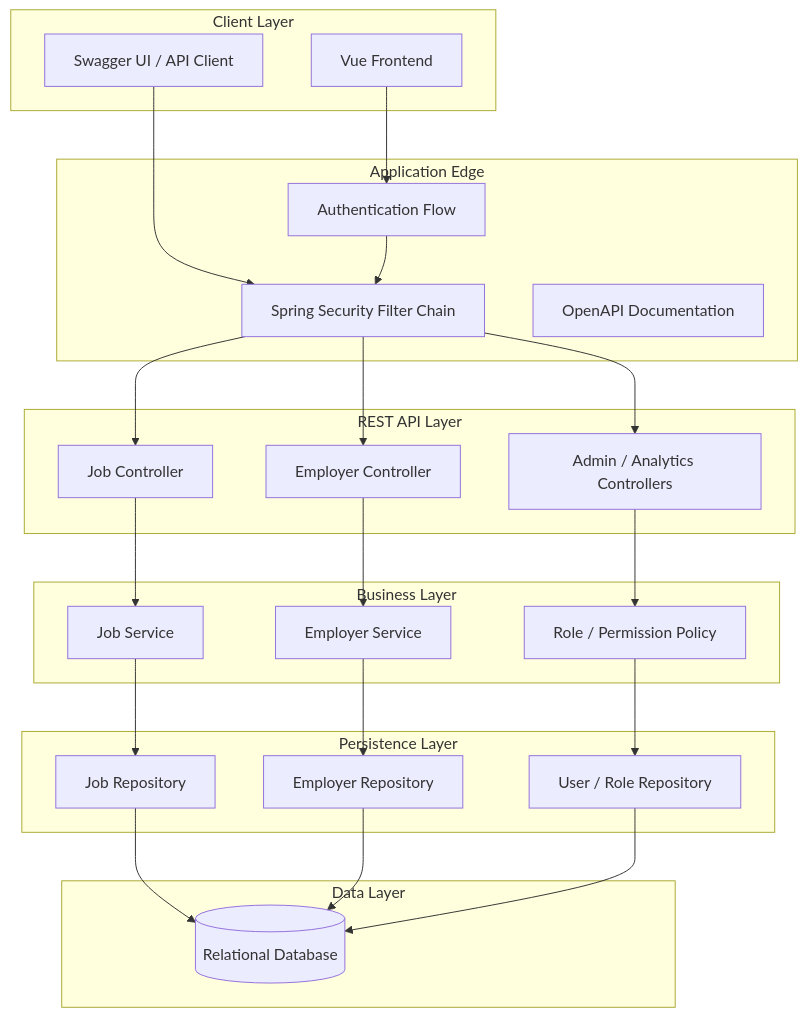
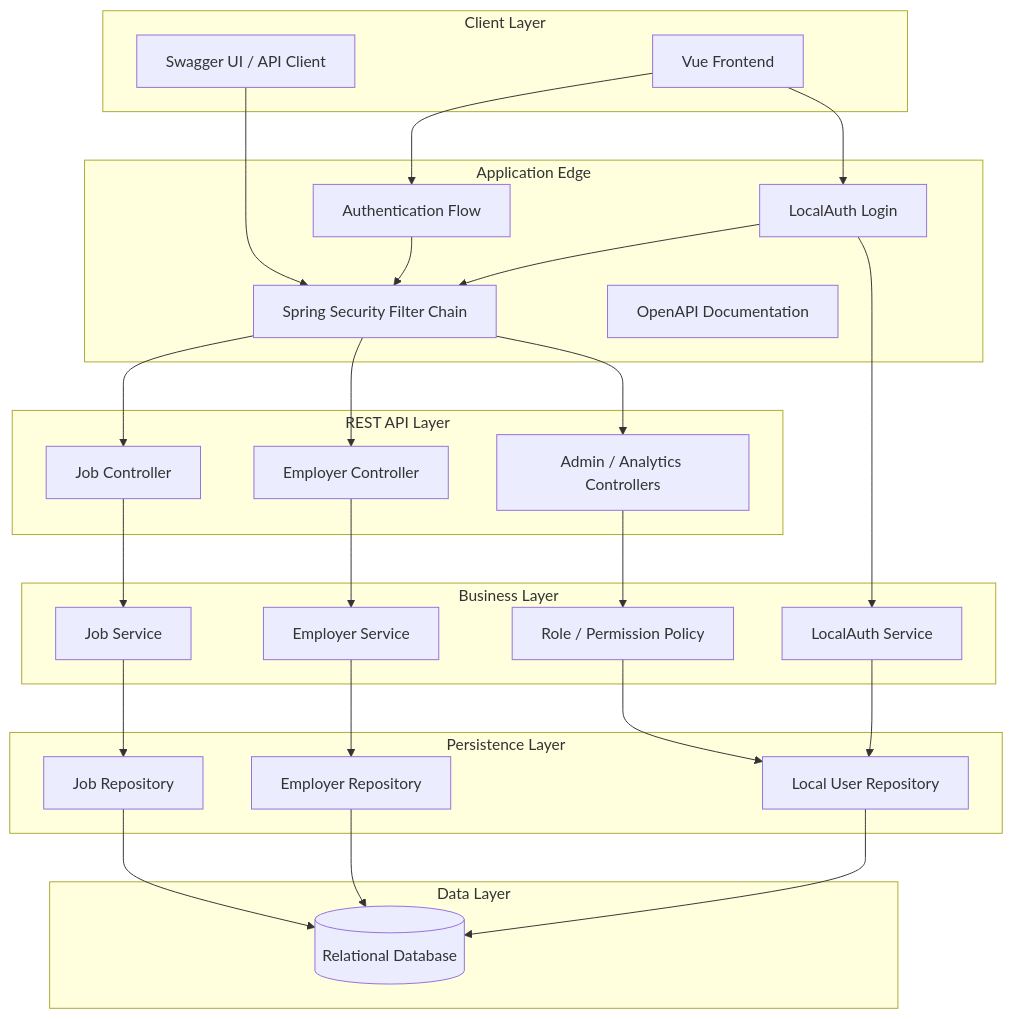
One commit to florescu-theodor-n4h/smartrecrutare changed the first of 3 diagrams in docs/backend-architecture.md. Above: the diagram before and after it, drawn with Mermaid. The commit also changed other lines of this file and 1 other file, not shown here.

Commit message:
Documenteaza LocalAuth si controlul RBAC

````diff
--- a/docs/backend-architecture.md
+++ b/docs/backend-architecture.md
@@ -7,51 +7,57 @@
 ```mermaid
 flowchart TB
     subgraph ClientLayer[Client Layer]
         Web[Vue Frontend]
         Swagger[Swagger UI / API Client]
     end
 
     subgraph EdgeLayer[Application Edge]
         Auth[Authentication Flow]
+        LocalAuth[LocalAuth Login]
         Security[Spring Security Filter Chain]
         OpenAPI[OpenAPI Documentation]
     end
 
     subgraph ApiLayer[REST API Layer]
         JobController[Job Controller]
         EmployerController[Employer Controller]
         AdminController[Admin / Analytics Controllers]
     end
 
     subgraph BusinessLayer[Business Layer]
         JobService[Job Service]
         EmployerService[Employer Service]
         RolePolicy[Role / Permission Policy]
+        LocalAuthService[LocalAuth Service]
     end
 
     subgraph PersistenceLayer[Persistence Layer]
         JobRepository[Job Repository]
         EmployerRepository[Employer Repository]
-        UserRepository[User / Role Repository]
+        LocalUserRepository[Local User Repository]
     end
 
     subgraph DataLayer[Data Layer]
         Database[(Relational Database)]
     end
 
     Web --> Auth
+    Web --> LocalAuth
     Swagger --> Security
     Auth --> Security
+    LocalAuth --> Security
     Security --> JobController
     Security --> EmployerController
     Security --> AdminController
     JobController --> JobService
     EmployerController --> EmployerService
     AdminController --> RolePolicy
+    LocalAuth --> LocalAuthService
     JobService --> JobRepository
     EmployerService --> EmployerRepository
-    RolePolicy --> UserRepository
+    RolePolicy --> LocalUserRepository
+    LocalAuthService --> LocalUserRepository
     JobRepository --> Database
     EmployerRepository --> Database
-    UserRepository --> Database
+    LocalUserRepository --> Database
 ```
````
